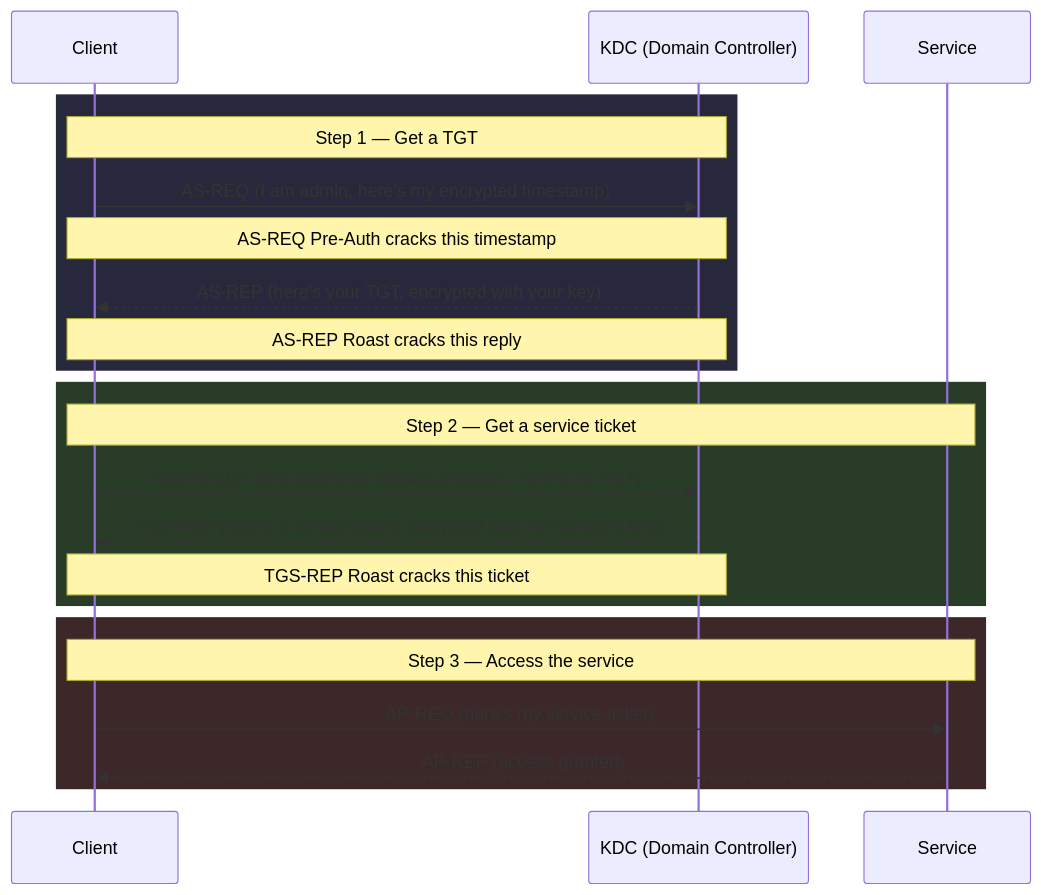
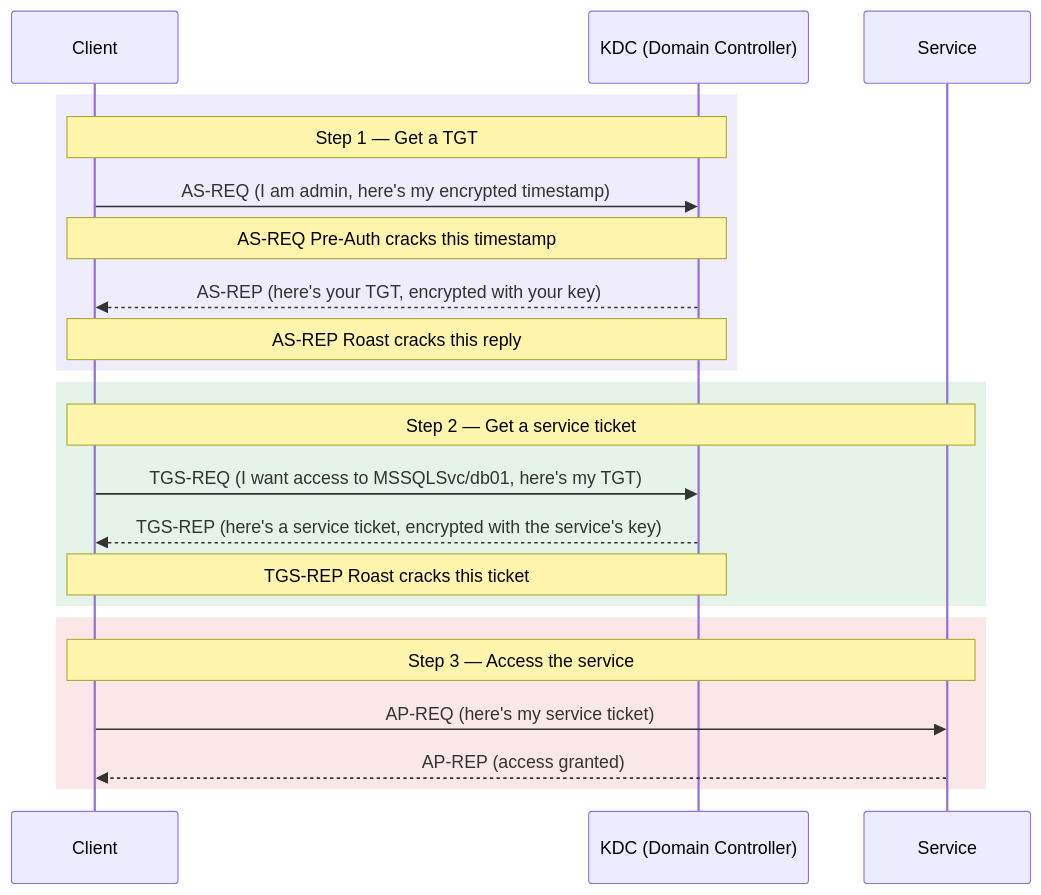
One commit to StrongWind1/KerbWolf changed the diagram in docs/background/attacks.md. Above: the diagram before and after it, drawn with Mermaid. The commit also changed 4 other files, not shown here.

First line of the commit message:
docs: make diagram fills readable in the light theme

````diff
--- a/docs/background/attacks.md
+++ b/docs/background/attacks.md
@@ -11,27 +11,27 @@
 ```mermaid
 sequenceDiagram
     participant Client
     participant KDC as KDC (Domain Controller)
     participant Service
 
-    rect rgb(40, 40, 60)
+    rect rgba(124, 111, 224, 0.12)
     Note over Client,KDC: Step 1 — Get a TGT
     Client->>KDC: AS-REQ (I am admin, here's my encrypted timestamp)
     Note over Client,KDC: AS-REQ Pre-Auth cracks this timestamp
     KDC-->>Client: AS-REP (here's your TGT, encrypted with your key)
     Note over Client,KDC: AS-REP Roast cracks this reply
     end
 
-    rect rgb(40, 60, 40)
+    rect rgba(47, 158, 68, 0.12)
     Note over Client,Service: Step 2 — Get a service ticket
     Client->>KDC: TGS-REQ (I want access to MSSQLSvc/db01, here's my TGT)
     KDC-->>Client: TGS-REP (here's a service ticket, encrypted with the service's key)
     Note over Client,KDC: TGS-REP Roast cracks this ticket
     end
 
-    rect rgb(60, 40, 40)
+    rect rgba(214, 69, 69, 0.12)
     Note over Client,Service: Step 3 — Access the service
     Client->>Service: AP-REQ (here's my service ticket)
     Service-->>Client: AP-REP (access granted)
     end
 ```
````
